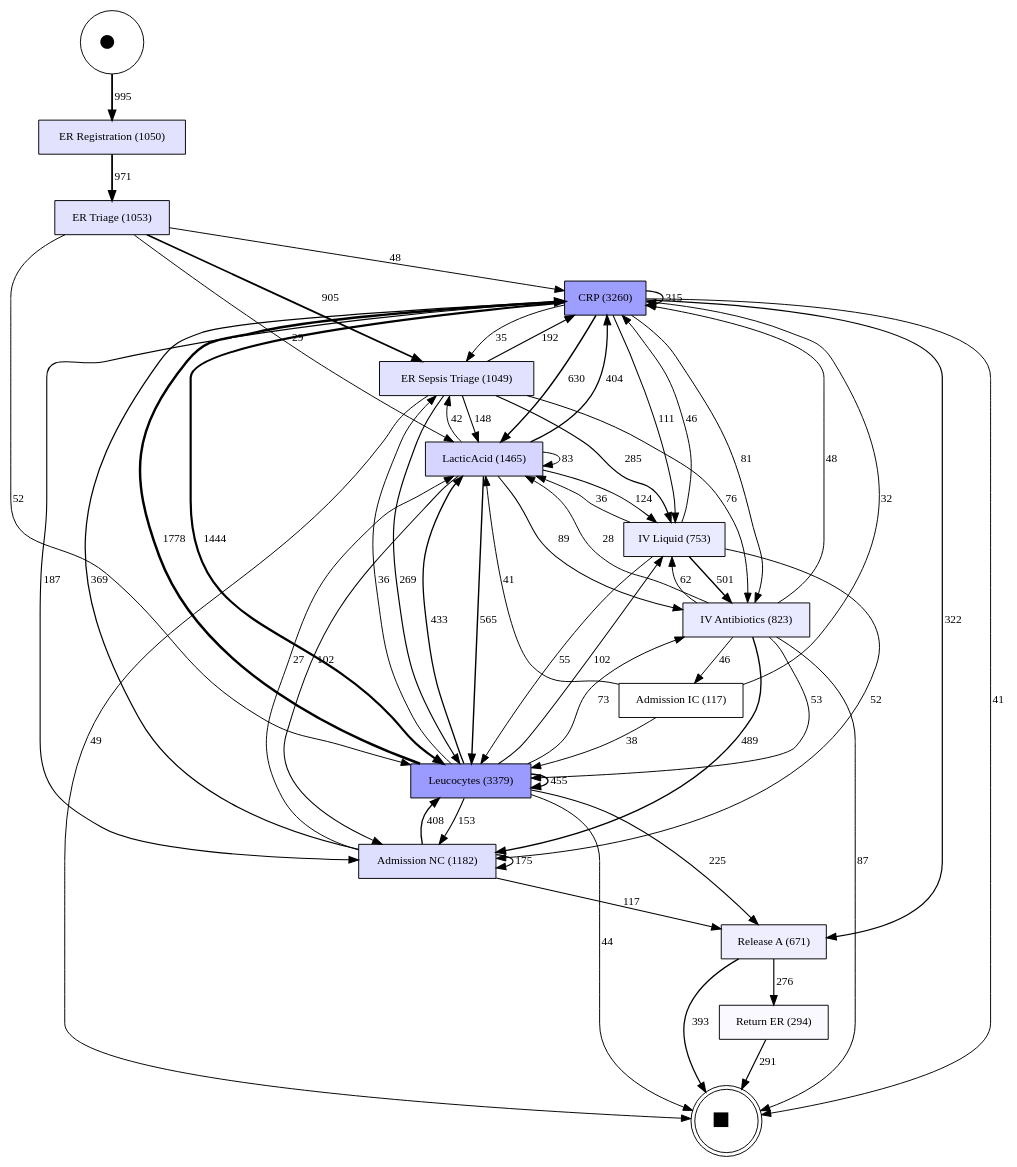
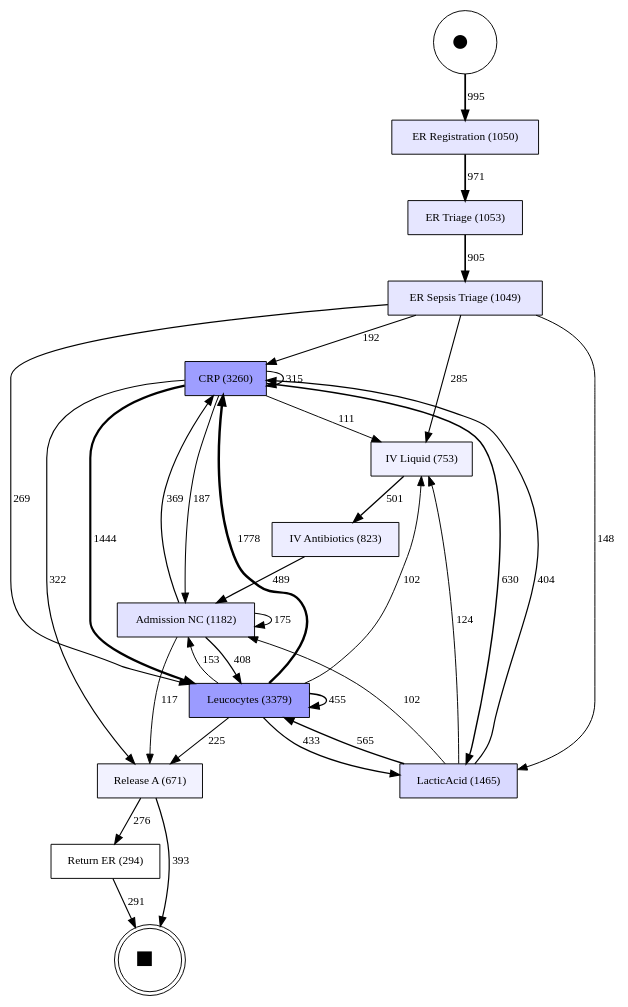
The diagram in outputs/figures/dfg_frequency.gv (Evzett/laba_tad4), drawn with Graphviz before and after one commit. The commit also changed 24 other files, not shown here.

```diff
--- a/outputs/figures/dfg_frequency.gv
+++ b/outputs/figures/dfg_frequency.gv
@@ -1,80 +1,51 @@
 digraph {
 	graph [bgcolor=white rankdir=TB]
 	node [shape=box]
-	8934314465189750996 [label="ER Registration (1050)" fillcolor="#E2E2FF" fontsize=12 style=filled]
-	975682804186060182 [label="ER Triage (1053)" fillcolor="#E2E2FF" fontsize=12 style=filled]
-	4134793318498392625 [label="CRP (3260)" fillcolor="#9E9EFF" fontsize=12 style=filled]
-	1779619430255070527 [label="ER Sepsis Triage (1049)" fillcolor="#E2E2FF" fontsize=12 style=filled]
-	5640469074720130362 [label="LacticAcid (1465)" fillcolor="#D5D5FF" fontsize=12 style=filled]
-	-9192230207476576516 [label="Leucocytes (3379)" fillcolor="#9B9BFF" fontsize=12 style=filled]
-	5910671103938360332 [label="Admission NC (1182)" fillcolor="#DEDEFF" fontsize=12 style=filled]
-	-168274622517089324 [label="IV Antibiotics (823)" fillcolor="#E9E9FF" fontsize=12 style=filled]
-	9032825537952203376 [label="IV Liquid (753)" fillcolor="#EBEBFF" fontsize=12 style=filled]
-	-7841119660151316919 [label="Release A (671)" fillcolor="#EEEEFF" fontsize=12 style=filled]
-	2525960563336882141 [label="Admission IC (117)" fillcolor="#FFFFFF" fontsize=12 style=filled]
-	-7942025660018453168 [label="Return ER (294)" fillcolor="#F9F9FF" fontsize=12 style=filled]
-	8934314465189750996 -> 975682804186060182 [label=971 fontsize=12 penwidth=1.8625927991856495]
-	975682804186060182 -> 5640469074720130362 [label=29 fontsize=12 penwidth=1.0018275271169188]
-	4134793318498392625 -> 5640469074720130362 [label=630 fontsize=12 penwidth=1.550999425751003]
-	1779619430255070527 -> 5640469074720130362 [label=148 fontsize=12 penwidth=1.1105653905735844]
-	5640469074720130362 -> 5640469074720130362 [label=83 fontsize=12 penwidth=1.051170759273725]
-	-9192230207476576516 -> 5640469074720130362 [label=433 fontsize=12 penwidth=1.370988004734506]
-	4134793318498392625 -> 5910671103938360332 [label=187 fontsize=12 penwidth=1.1462021693534998]
-	4134793318498392625 -> 9032825537952203376 [label=111 fontsize=12 penwidth=1.0767561389105875]
-	1779619430255070527 -> 9032825537952203376 [label=285 fontsize=12 penwidth=1.2357509980825185]
-	5640469074720130362 -> 5910671103938360332 [label=102 fontsize=12 penwidth=1.068532266884453]
-	5640469074720130362 -> 9032825537952203376 [label=124 fontsize=12 penwidth=1.0886350651705594]
-	-9192230207476576516 -> 5910671103938360332 [label=153 fontsize=12 penwidth=1.1151342083658813]
-	-9192230207476576516 -> 9032825537952203376 [label=102 fontsize=12 penwidth=1.068532266884453]
-	5910671103938360332 -> 5640469074720130362 [label=27 fontsize=12 penwidth=1.0]
-	-168274622517089324 -> 5640469074720130362 [label=28 fontsize=12 penwidth=1.0009137635584593]
-	9032825537952203376 -> 5640469074720130362 [label=36 fontsize=12 penwidth=1.0082238720261343]
-	5910671103938360332 -> 5910671103938360332 [label=175 fontsize=12 penwidth=1.1352370066519875]
-	-168274622517089324 -> 5910671103938360332 [label=489 fontsize=12 penwidth=1.422158764008231]
-	-168274622517089324 -> 9032825537952203376 [label=62 fontsize=12 penwidth=1.031981724546078]
-	9032825537952203376 -> 5910671103938360332 [label=52 fontsize=12 penwidth=1.0228440889614843]
-	-168274622517089324 -> 2525960563336882141 [label=46 fontsize=12 penwidth=1.017361507610728]
-	2525960563336882141 -> 5640469074720130362 [label=41 fontsize=12 penwidth=1.0127926898184312]
-	975682804186060182 -> 4134793318498392625 [label=48 fontsize=12 penwidth=1.0191890347276469]
-	975682804186060182 -> 1779619430255070527 [label=905 fontsize=12 penwidth=1.8022844043273307]
-	975682804186060182 -> -9192230207476576516 [label=52 fontsize=12 penwidth=1.0228440889614843]
-	4134793318498392625 -> 4134793318498392625 [label=315 fontsize=12 penwidth=1.2631639048362997]
-	4134793318498392625 -> 1779619430255070527 [label=35 fontsize=12 penwidth=1.007310108467675]
-	4134793318498392625 -> -9192230207476576516 [label=1444 fontsize=12 penwidth=2.2948029623369335]
-	1779619430255070527 -> 4134793318498392625 [label=192 fontsize=12 penwidth=1.1507709871457967]
-	1779619430255070527 -> -9192230207476576516 [label=269 fontsize=12 penwidth=1.2211307811471686]
-	5640469074720130362 -> 4134793318498392625 [label=404 fontsize=12 penwidth=1.3444888615391841]
-	5640469074720130362 -> 1779619430255070527 [label=42 fontsize=12 penwidth=1.0137064533768907]
-	5640469074720130362 -> -9192230207476576516 [label=565 fontsize=12 penwidth=1.4916047944511435]
-	-9192230207476576516 -> 4134793318498392625 [label=1778 fontsize=12 penwidth=2.5999999908623646]
-	-9192230207476576516 -> 1779619430255070527 [label=36 fontsize=12 penwidth=1.0082238720261343]
-	-9192230207476576516 -> -9192230207476576516 [label=455 fontsize=12 penwidth=1.3910908030206124]
-	4134793318498392625 -> -168274622517089324 [label=81 fontsize=12 penwidth=1.0493432321568061]
-	4134793318498392625 -> -7841119660151316919 [label=322 fontsize=12 penwidth=1.2695602497455154]
-	1779619430255070527 -> -168274622517089324 [label=76 fontsize=12 penwidth=1.0447744143645092]
-	5640469074720130362 -> -168274622517089324 [label=89 fontsize=12 penwidth=1.0566533406244811]
-	-9192230207476576516 -> -168274622517089324 [label=73 fontsize=12 penwidth=1.0420331236891311]
-	-9192230207476576516 -> -7841119660151316919 [label=225 fontsize=12 penwidth=1.1809251845749562]
-	5910671103938360332 -> 4134793318498392625 [label=369 fontsize=12 penwidth=1.312507136993106]
-	5910671103938360332 -> -9192230207476576516 [label=408 fontsize=12 penwidth=1.3481439157730217]
-	-168274622517089324 -> 4134793318498392625 [label=48 fontsize=12 penwidth=1.0191890347276469]
-	-168274622517089324 -> -9192230207476576516 [label=53 fontsize=12 penwidth=1.0237578525199438]
-	9032825537952203376 -> 4134793318498392625 [label=46 fontsize=12 penwidth=1.017361507610728]
-	9032825537952203376 -> -9192230207476576516 [label=55 fontsize=12 penwidth=1.0255853796368626]
-	5910671103938360332 -> -7841119660151316919 [label=117 fontsize=12 penwidth=1.0822387202613437]
-	9032825537952203376 -> -168274622517089324 [label=501 fontsize=12 penwidth=1.4331239267097435]
-	-7841119660151316919 -> -7942025660018453168 [label=276 fontsize=12 penwidth=1.2275271260563843]
-	2525960563336882141 -> 4134793318498392625 [label=32 fontsize=12 penwidth=1.004568817792297]
-	2525960563336882141 -> -9192230207476576516 [label=38 fontsize=12 penwidth=1.010051399143053]
+	-2808969121842259056 [label="ER Registration (1050)" fillcolor="#E6E6FF" fontsize=12 style=filled]
+	-1821053137345718589 [label="ER Triage (1053)" fillcolor="#E6E6FF" fontsize=12 style=filled]
+	6287353247569437850 [label="ER Sepsis Triage (1049)" fillcolor="#E6E6FF" fontsize=12 style=filled]
+	4821387127135653758 [label="CRP (3260)" fillcolor="#9E9EFF" fontsize=12 style=filled]
+	-1217498794135541504 [label="IV Liquid (753)" fillcolor="#F0F0FF" fontsize=12 style=filled]
+	-5552485214876000034 [label="LacticAcid (1465)" fillcolor="#D9D9FF" fontsize=12 style=filled]
+	4187268779487178658 [label="Leucocytes (3379)" fillcolor="#9B9BFF" fontsize=12 style=filled]
+	-1366294988068027141 [label="Admission NC (1182)" fillcolor="#E2E2FF" fontsize=12 style=filled]
+	-4071944102892324565 [label="IV Antibiotics (823)" fillcolor="#EDEDFF" fontsize=12 style=filled]
+	-7805217595282027388 [label="Release A (671)" fillcolor="#F2F2FF" fontsize=12 style=filled]
+	-1962504208668717462 [label="Return ER (294)" fillcolor="#FFFFFF" fontsize=12 style=filled]
+	-2808969121842259056 -> -1821053137345718589 [label=971 fontsize=12 penwidth=1.829594267126526]
+	-1821053137345718589 -> 6287353247569437850 [label=905 fontsize=12 penwidth=1.7665871075979291]
+	6287353247569437850 -> 4821387127135653758 [label=192 fontsize=12 penwidth=1.085918853902632]
+	6287353247569437850 -> -1217498794135541504 [label=285 fontsize=12 penwidth=1.1747016696020187]
+	6287353247569437850 -> -5552485214876000034 [label=148 fontsize=12 penwidth=1.0439140808835676]
+	6287353247569437850 -> 4187268779487178658 [label=269 fontsize=12 penwidth=1.1594272066859952]
+	4821387127135653758 -> 4821387127135653758 [label=315 fontsize=12 penwidth=1.2033412875695628]
+	4821387127135653758 -> -1217498794135541504 [label=111 fontsize=12 penwidth=1.0085918853902631]
+	4821387127135653758 -> -5552485214876000034 [label=630 fontsize=12 penwidth=1.5040572762287754]
+	4821387127135653758 -> 4187268779487178658 [label=1444 fontsize=12 penwidth=2.2811455770814706]
+	-5552485214876000034 -> 4821387127135653758 [label=404 fontsize=12 penwidth=1.2883054875399433]
+	-5552485214876000034 -> -1217498794135541504 [label=124 fontsize=12 penwidth=1.0210023865095323]
+	-5552485214876000034 -> 4187268779487178658 [label=565 fontsize=12 penwidth=1.4420047706324297]
+	4187268779487178658 -> 4821387127135653758 [label=1778 fontsize=12 penwidth=2.599999990453461]
+	4187268779487178658 -> -1217498794135541504 [label=102 fontsize=12 penwidth=1.0]
+	4187268779487178658 -> -5552485214876000034 [label=433 fontsize=12 penwidth=1.315990451575236]
+	4187268779487178658 -> 4187268779487178658 [label=455 fontsize=12 penwidth=1.3369928380847682]
+	4821387127135653758 -> -1366294988068027141 [label=187 fontsize=12 penwidth=1.0811455842413749]
+	-1217498794135541504 -> -4071944102892324565 [label=501 fontsize=12 penwidth=1.3809069189683358]
+	-5552485214876000034 -> -1366294988068027141 [label=102 fontsize=12 penwidth=1.0]
+	4187268779487178658 -> -1366294988068027141 [label=153 fontsize=12 penwidth=1.0486873505448249]
+	-1366294988068027141 -> 4821387127135653758 [label=369 fontsize=12 penwidth=1.254892599911142]
+	-1366294988068027141 -> 4187268779487178658 [label=408 fontsize=12 penwidth=1.2921241032689492]
+	-1366294988068027141 -> -1366294988068027141 [label=175 fontsize=12 penwidth=1.0696897370543572]
+	-4071944102892324565 -> -1366294988068027141 [label=489 fontsize=12 penwidth=1.3694510717813182]
+	4821387127135653758 -> -7805217595282027388 [label=322 fontsize=12 penwidth=1.210023865095323]
+	4187268779487178658 -> -7805217595282027388 [label=225 fontsize=12 penwidth=1.1174224336669305]
+	-1366294988068027141 -> -7805217595282027388 [label=117 fontsize=12 penwidth=1.014319808983772]
+	-7805217595282027388 -> -1962504208668717462 [label=276 fontsize=12 penwidth=1.1661097842117556]
 	"@@startnode" [label=<&#9679;> fontsize=34 shape=circle]
-	"@@startnode" -> 8934314465189750996 [label=995 fontsize=12 penwidth=1.8845231245886744]
+	"@@startnode" -> -2808969121842259056 [label=995 fontsize=12 penwidth=1.8525059615005612]
 	"@@endnode" [label=<&#9632;> fontsize=32 shape=doublecircle]
-	-7841119660151316919 -> "@@endnode" [label=393 fontsize=12 penwidth=1.334437462396131]
-	-168274622517089324 -> "@@endnode" [label=87 fontsize=12 penwidth=1.0548258135075625]
-	-7942025660018453168 -> "@@endnode" [label=291 fontsize=12 penwidth=1.241233579433275]
-	4134793318498392625 -> "@@endnode" [label=41 fontsize=12 penwidth=1.0127926898184312]
-	1779619430255070527 -> "@@endnode" [label=49 fontsize=12 penwidth=1.0201027982861062]
-	-9192230207476576516 -> "@@endnode" [label=44 fontsize=12 penwidth=1.0155339804938093]
+	-7805217595282027388 -> "@@endnode" [label=393 fontsize=12 penwidth=1.2778042942851773]
+	-1962504208668717462 -> "@@endnode" [label=291 fontsize=12 penwidth=1.1804295931955275]
 	overlap=false
 	fontsize=11
 }
```
